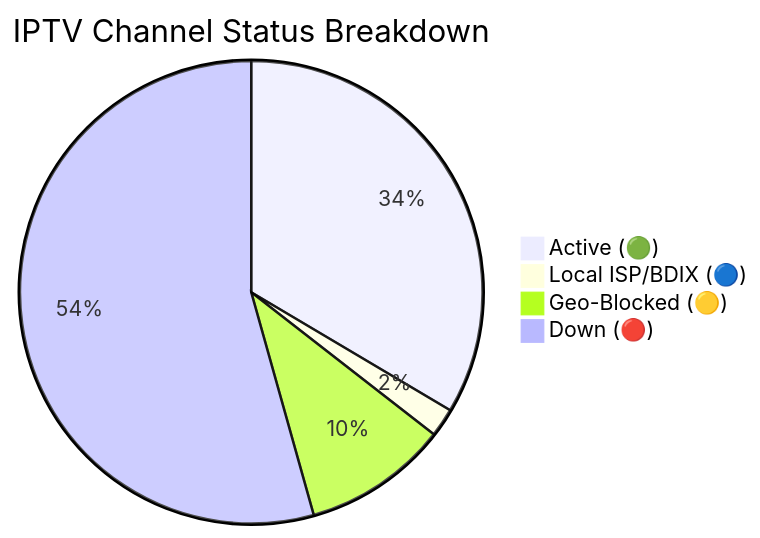
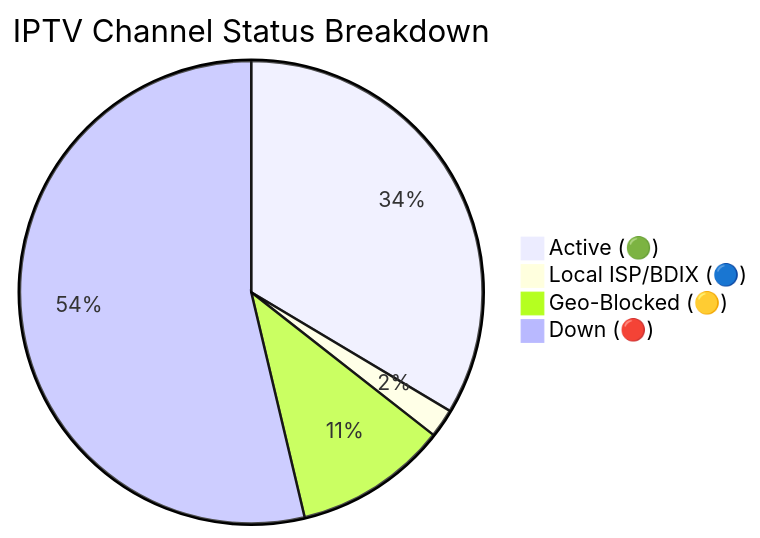
Before and after one commit to andreataylord/Ip-tv-Collection: the diagram in README.md, drawn with Mermaid. The commit also changed other lines of this file and 1 other file, not shown here.

Commit message:
docs(readme): auto-update daily channel status chart

````diff
--- a/README.md
+++ b/README.md
@@ -59,7 +59,7 @@
 ```mermaid
 pie title IPTV Channel Status Breakdown
-    "Active (🟢)" : 2137
+    "Active (🟢)" : 2140
     "Local ISP/BDIX (🔵)" : 128
-    "Geo-Blocked (🟡)" : 645
-    "Down (🔴)" : 3465
+    "Geo-Blocked (🟡)" : 683
+    "Down (🔴)" : 3424
 ```
````
